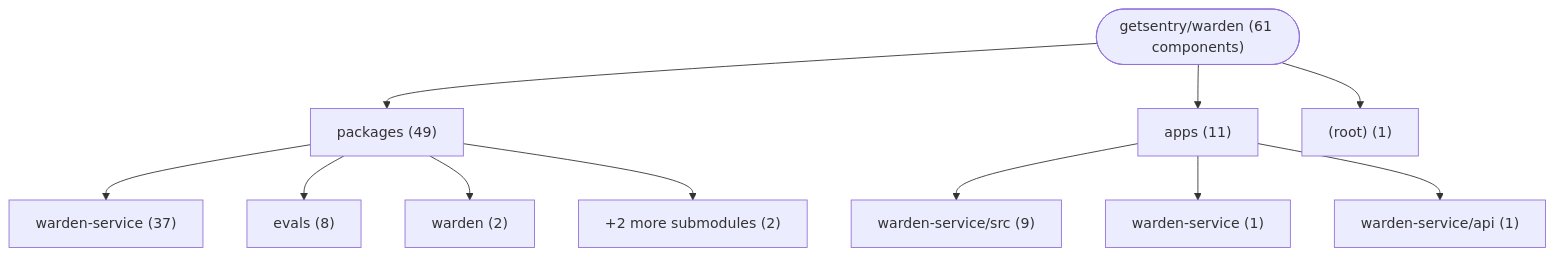
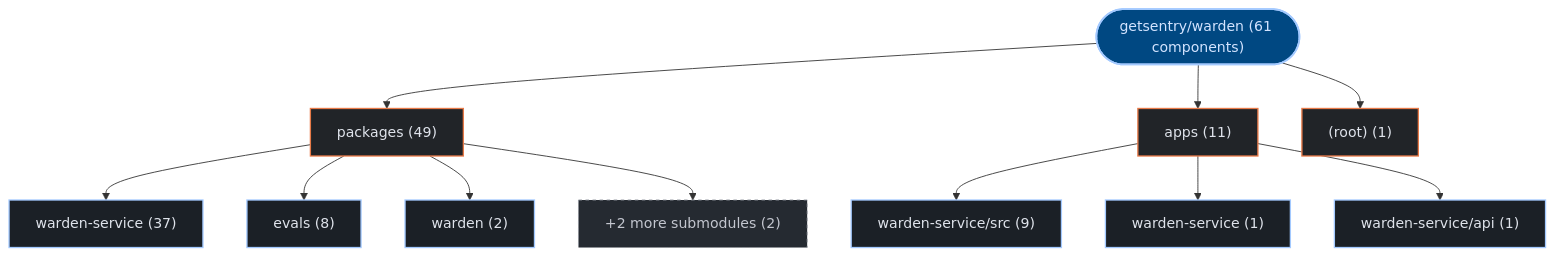
One commit to kumarshaz/atruss-code-atlas changed the first of 3 diagrams in exports/latest/reports/getsentry-warden-report.md. Above: the diagram before and after it, drawn with Mermaid. The commit also changed other lines of this file and 331 other files, not shown here.

Commit message:
docs,ui,fix: update SDLC docs, reorder CI/CD DAG first, stylize Mermaid, and fix Arc42 pipeline topology

````diff
--- a/exports/latest/reports/getsentry-warden-report.md
+++ b/exports/latest/reports/getsentry-warden-report.md
@@ -42,24 +42,31 @@
 ```mermaid
 graph TD;
-    repo_root(["getsentry/warden (61 components)"])
-    dir_0_packages["packages (49)"]
+  classDef atlasRoot fill:#004882,stroke:#a3c9ff,stroke-width:2px,color:#d3e4ff
+  classDef atlasCategory fill:#212428,stroke:#E87A48,stroke-width:1.5px,color:#dfe3eb
+  classDef atlasWorkflow fill:#1b2026,stroke:#a3c9ff,stroke-width:1.5px,color:#dfe3eb
+  classDef atlasJob fill:#171c22,stroke:#8d9199,stroke-width:1px,color:#dfe3eb
+  classDef atlasTarget fill:#005227,stroke:#8bd99b,stroke-width:1.5px,color:#a7f6b6
+  classDef atlasAlert fill:#93000a,stroke:#ffb4ab,stroke-width:1.5px,color:#ffdad6
+  classDef atlasMore fill:#252a31,stroke:#8d9199,stroke-dasharray:4 4,color:#c3c6cf
+    repo_root(["getsentry/warden (61 components)"]):::atlasRoot
+    dir_0_packages["packages (49)"]:::atlasCategory
     repo_root --> dir_0_packages
-    sub_0_0_warden_service["warden-service (37)"]
+    sub_0_0_warden_service["warden-service (37)"]:::atlasWorkflow
     dir_0_packages --> sub_0_0_warden_service
-    sub_0_1_evals["evals (8)"]
+    sub_0_1_evals["evals (8)"]:::atlasWorkflow
     dir_0_packages --> sub_0_1_evals
-    sub_0_2_warden["warden (2)"]
+    sub_0_2_warden["warden (2)"]:::atlasWorkflow
     dir_0_packages --> sub_0_2_warden
-    sub_0_more["+2 more submodules (2)"]
+    sub_0_more["+2 more submodules (2)"]:::atlasMore
     dir_0_packages --> sub_0_more
-    dir_1_apps["apps (11)"]
+    dir_1_apps["apps (11)"]:::atlasCategory
     repo_root --> dir_1_apps
-    sub_1_0_warden_service_src["warden-service/src (9)"]
+    sub_1_0_warden_service_src["warden-service/src (9)"]:::atlasWorkflow
     dir_1_apps --> sub_1_0_warden_service_src
-    sub_1_1_warden_service["warden-service (1)"]
+    sub_1_1_warden_service["warden-service (1)"]:::atlasWorkflow
     dir_1_apps --> sub_1_1_warden_service
-    sub_1_2_warden_service_api["warden-service/api (1)"]
+    sub_1_2_warden_service_api["warden-service/api (1)"]:::atlasWorkflow
     dir_1_apps --> sub_1_2_warden_service_api
-    dir_2__root_["(root) (1)"]
+    dir_2__root_["(root) (1)"]:::atlasCategory
     repo_root --> dir_2__root_
 ```
````
